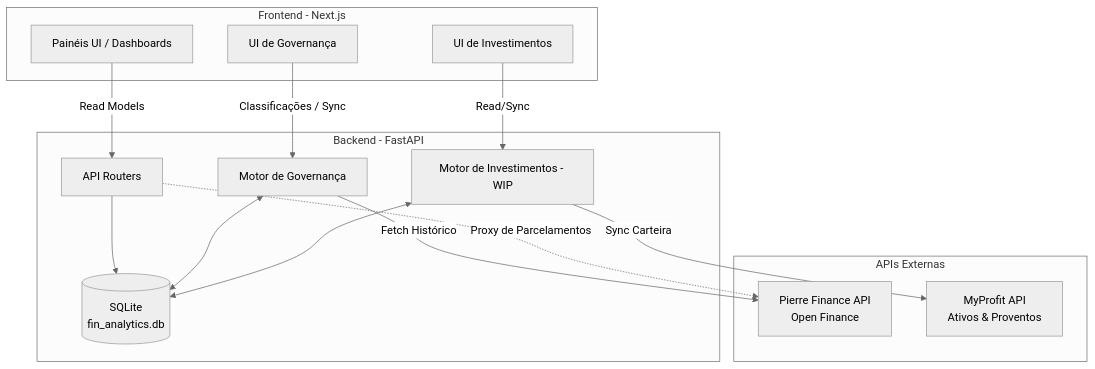
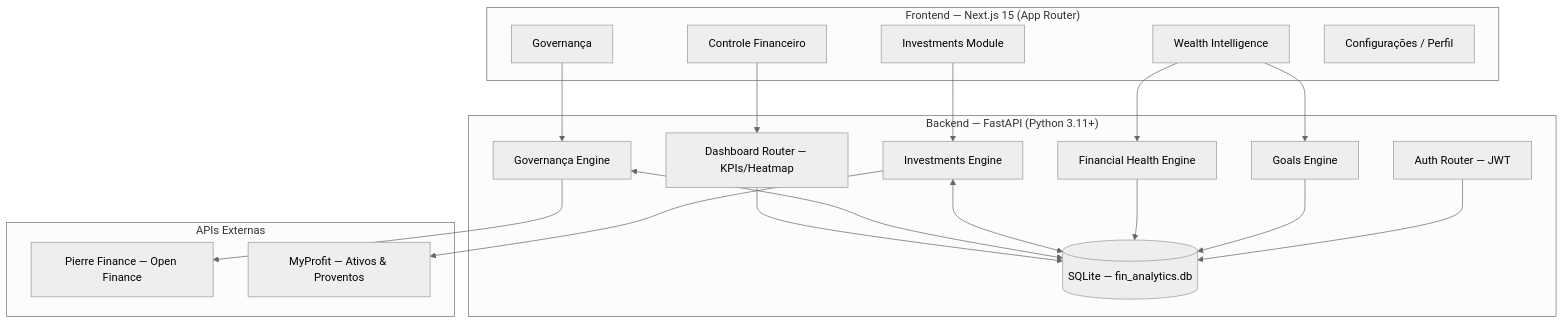
One commit to cleidson21/fin_analytics changed the diagram in README.md. Above: the diagram before and after it, drawn with Mermaid (neutral theme). The commit also changed other lines of this file and 1 other file, not shown here.

Commit message:
chore(app): update branding and project documentation

````diff
--- a/README.md
+++ b/README.md
@@ -13,34 +13,40 @@
 ```mermaid
 graph TD
-    subgraph Frontend [Frontend - Next.js]
-        UI[Painéis UI / Dashboards]
-        GovUI[UI de Governança]
-        WealthUI[UI de Investimentos]
+    subgraph Frontend ["Frontend — Next.js 15 (App Router)"]
+        UI[Controle Financeiro]
+        WealthUI[Investments Module]
+        WIModule[Wealth Intelligence]
+        GovUI[Governança]
+        SettingsUI[Configurações / Perfil]
     end
 
-    subgraph Backend [Backend - FastAPI]
-        Router[API Routers]
-        GovEngine[Motor de Governança]
-        WealthEngine[Motor de Investimentos - WIP]
-        DB[(SQLite \n fin_analytics.db)]
+    subgraph Backend ["Backend — FastAPI (Python 3.11+)"]
+        Auth[Auth Router — JWT]
+        Dashboard[Dashboard Router — KPIs/Heatmap]
+        GovEngine[Governança Engine]
+        InvEngine[Investments Engine]
+        HealthEngine[Financial Health Engine]
+        GoalsEngine[Goals Engine]
+        DB[(SQLite — fin_analytics.db)]
     end
 
-    subgraph External [APIs Externas]
-        Pierre[Pierre Finance API \n Open Finance]
-        MyProfit[MyProfit API \n Ativos & Proventos]
+    subgraph External ["APIs Externas"]
+        Pierre[Pierre Finance — Open Finance]
+        MyProfit[MyProfit — Ativos & Proventos]
     end
 
-    UI -->|Read Models| Router
-    GovUI -->|Classificações / Sync| GovEngine
-    WealthUI -->|Read/Sync| WealthEngine
+    UI --> Dashboard
+    WealthUI --> InvEngine
+    WIModule --> HealthEngine
+    WIModule --> GoalsEngine
+    GovUI --> GovEngine
 
-    Router --> DB
+    Dashboard --> DB
     GovEngine <--> DB
-    GovEngine -->|Fetch Histórico| Pierre
-    
-    %% Proxies diretos
-    Router -.->|Proxy de Parcelamentos| Pierre
-    
-    WealthEngine -->|Sync Carteira| MyProfit
-    WealthEngine <--> DB
+    GovEngine --> Pierre
+    InvEngine <--> DB
+    InvEngine --> MyProfit
+    HealthEngine --> DB
+    GoalsEngine --> DB
+    Auth --> DB
 ```
````
